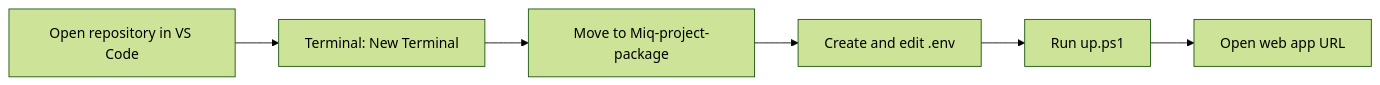
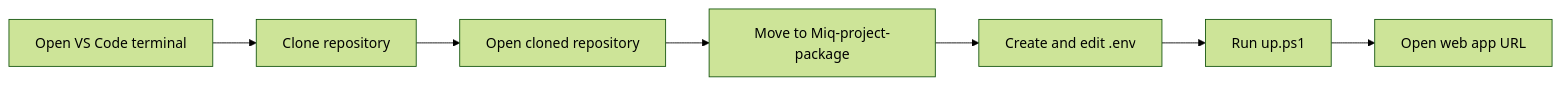
Before and after one commit to TechExperiences/Sellers-Customer-Technical-Workshops-Packages: the first of 2 diagrams in Modernize-with-confidence/Miq-project-package/README.md, drawn with Mermaid (forest theme). The commit also changed other lines of this file and 2 other files, not shown here.

First line of the commit message:
docs: simplify package deployment to a VS Code clone workflow

````diff
--- a/Modernize-with-confidence/Miq-project-package/README.md
+++ b/Modernize-with-confidence/Miq-project-package/README.md
@@ -119,8 +122,9 @@
 ```mermaid
 flowchart LR
-    A[Open repository in VS Code] --> B[Terminal: New Terminal]
-    B --> C[Move to Miq-project-package]
-    C --> D[Create and edit .env]
-    D --> E[Run up.ps1]
-    E --> F[Open web app URL]
+    A[Open VS Code terminal] --> B[Clone repository]
+    B --> C[Open cloned repository]
+    C --> D[Move to Miq-project-package]
+    D --> E[Create and edit .env]
+    E --> F[Run up.ps1]
+    F --> G[Open web app URL]
 ```
````
